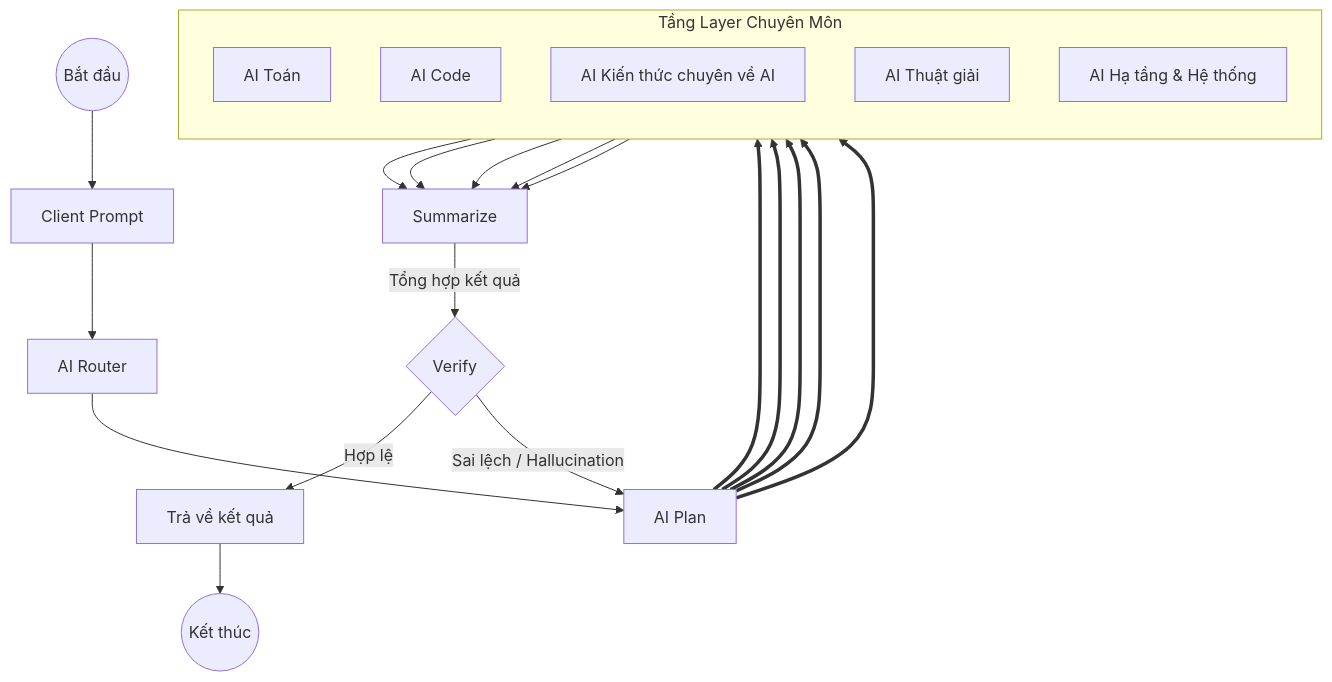
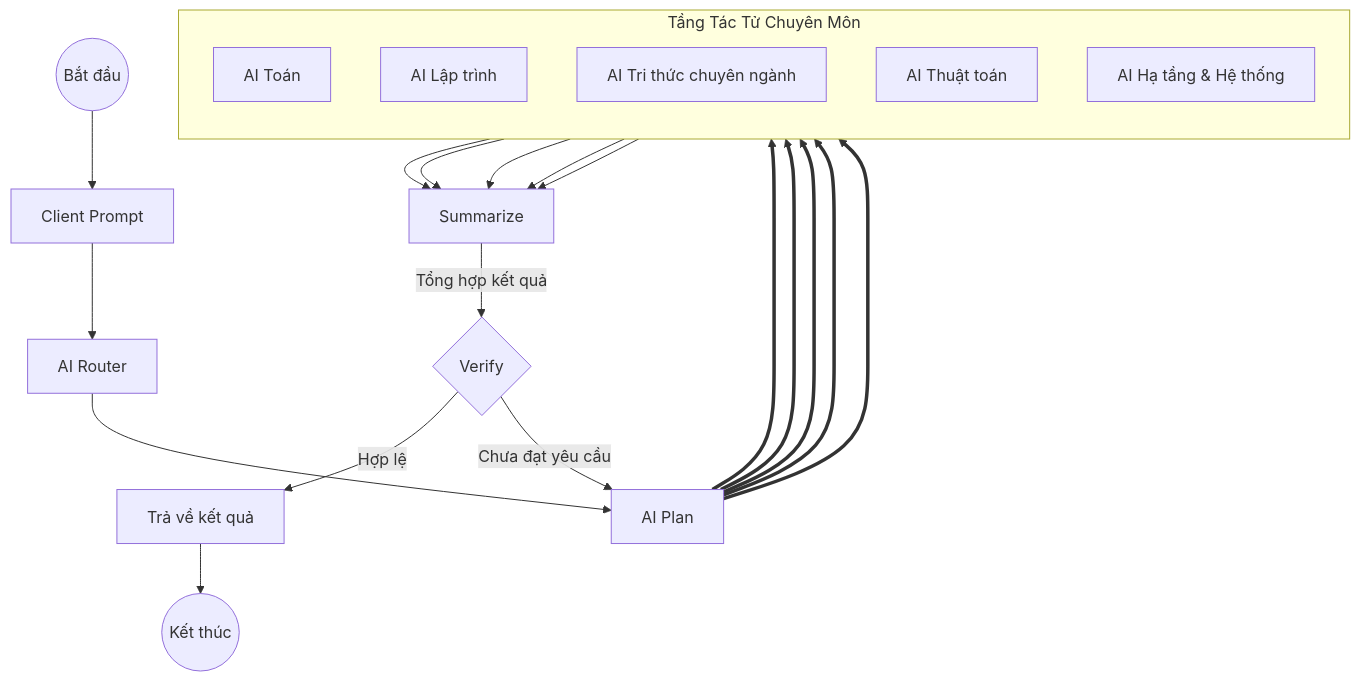
One commit to Vqd2k6/uth-ds-agentic-ai changed the diagram in README.md. Above: the diagram before and after it, drawn with Mermaid. The commit also changed other lines of this file, not shown here.

````diff
--- a/README.md
+++ b/README.md
@@ -9,31 +22,31 @@
 ```mermaid
 graph TD
     Start((Bắt đầu)) --> Client[Client Prompt]
     Client --> Router[AI Router]
     Router --> Plan[AI Plan]
-    subgraph LayerTier [Tầng Layer Chuyên Môn]
+    subgraph LayerTier [Tầng Tác Tử Chuyên Môn]
         direction TB
         AI_Toan[AI Toán]
-        AI_Code[AI Code]
-        AI_Knowledge[AI Kiến thức chuyên về AI]
-        AI_Algo[AI Thuật giải]
-        AI_Infra["AI Hạ tầng & Hệ thống"]
+        AI_Code[AI Lập trình]
+        AI_Knowledge[AI Tri thức chuyên ngành]
+        AI_Algo[AI Thuật toán]
+        AI_Infra[AI Hạ tầng & Hệ thống]
     end
 
     Plan ==> AI_Toan
     Plan ==> AI_Code
     Plan ==> AI_Knowledge
     Plan ==> AI_Algo
     Plan ==> AI_Infra
 
     AI_Toan --> Summarize[Summarize]
     AI_Code --> Summarize[Summarize]
     AI_Knowledge --> Summarize[Summarize]
     AI_Algo --> Summarize[Summarize]
     AI_Infra --> Summarize[Summarize]
 
     Summarize -->|Tổng hợp kết quả| Verify{Verify}
     Verify -->|Hợp lệ| EndOutput[Trả về kết quả]
-    Verify -->|Sai lệch / Hallucination| Plan
+    Verify -->|Chưa đạt yêu cầu| Plan
     EndOutput --> End((Kết thúc))
 ```
````
